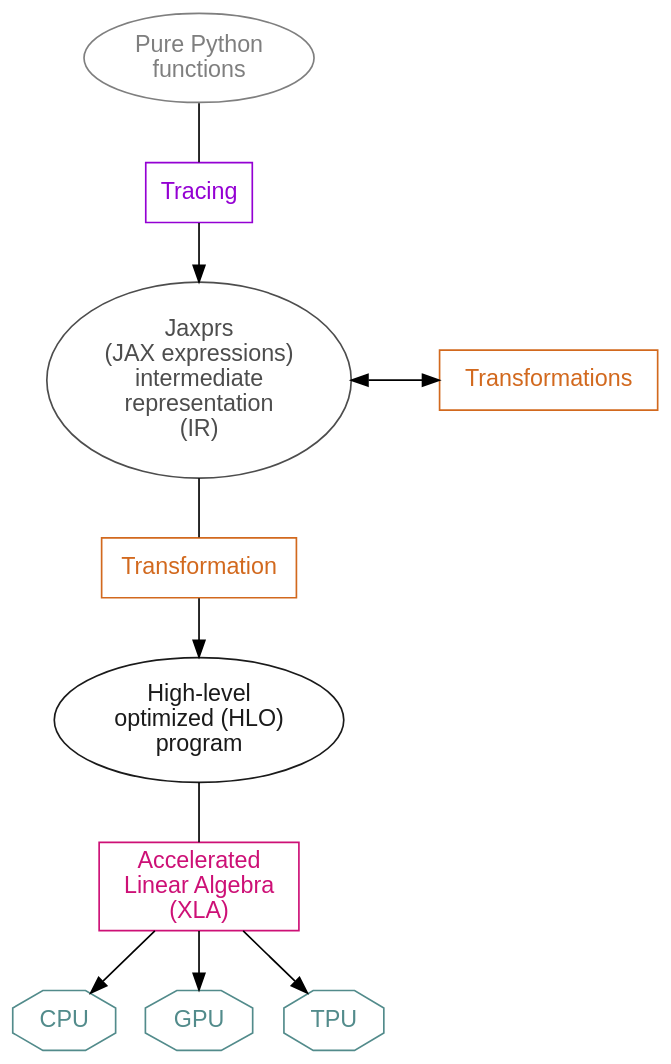
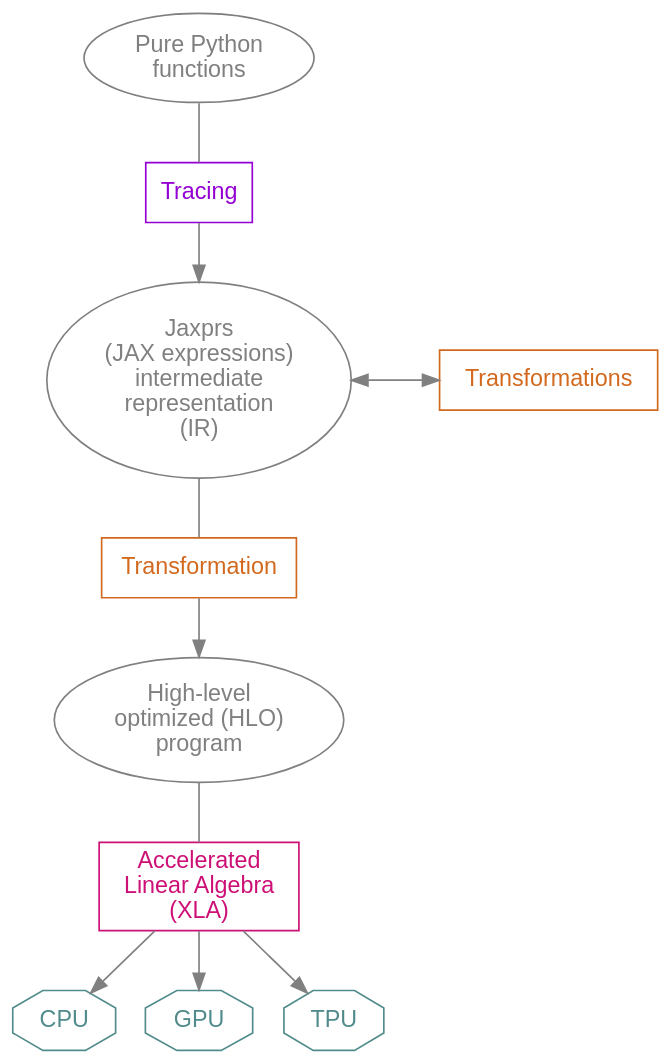
One commit to WestDRI/arc-training changed the second of 6 diagrams in ai/jxai/jxai_jaxstack_content.qmd. Above: the diagram before and after it, drawn with Graphviz. The commit also changed other lines of this file and 20 other files, not shown here.

Commit message:
fix remaining graphviz graphs for dark mode

````diff
--- a/ai/jxai/jxai_jaxstack_content.qmd
+++ b/ai/jxai/jxai_jaxstack_content.qmd
@@ -147,38 +147,39 @@
 ```{dot}
 //| echo: false
 //| fig-height: 600px
 
 strict digraph {
 
+bgcolor="transparent"
 node [fontname="Inconsolata, sans-serif"]
-bgcolor="transparent"
+edge [color=gray]
 
 tracer  [label=Tracing, shape=rectangle, color=darkviolet, fontcolor=darkviolet]
 jit [label="Transformation", shape=rectangle, color=chocolate, fontcolor=chocolate]
 xla [label="Accelerated\n Linear Algebra \n(XLA)", shape=rectangle, color=deeppink3, fontcolor=deeppink3]
 transform [label=" Transformations ", shape=rectangle, color=chocolate, fontcolor=chocolate]
 
 CPU [shape=octagon, color=darkslategray4, fontcolor=darkslategray4]
 GPU [shape=octagon, color=darkslategray4, fontcolor=darkslategray4]
 TPU [shape=octagon, color=darkslategray4, fontcolor=darkslategray4]
 
 
 py [label="Pure Python\nfunctions", color=gray50, fontcolor=gray50]
-jaxpr [label="Jaxprs\n(JAX expressions)\nintermediate\nrepresentation\n(IR)", color=gray30, fontcolor=gray30]
-hlo [label="High-level\noptimized (HLO)\nprogram", color=gray10, fontcolor=gray10]
+jaxpr [label="Jaxprs\n(JAX expressions)\nintermediate\nrepresentation\n(IR)", color=gray, fontcolor=gray]
+hlo [label="High-level\noptimized (HLO)\nprogram", color=gray, fontcolor=gray]
 
 py -> tracer [dir=none]
 tracer -> jaxpr
 jaxpr -> jit [dir=none]
 jit -> hlo
 hlo -> xla [dir=none]
 
 xla -> CPU [shape=doubleoctagon]
 xla -> GPU
 xla -> TPU
 
 jaxpr -> transform [dir=both, minlen=3]
 {rank=same; jaxpr transform}
 
 }
 ```
````
